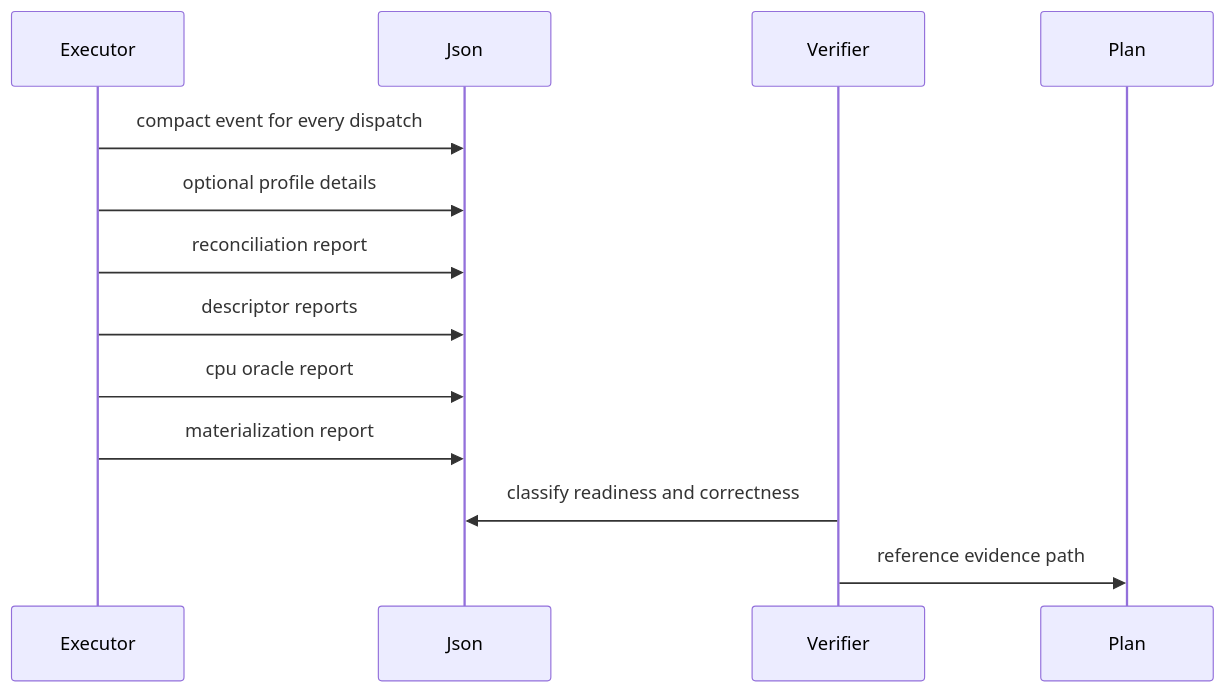
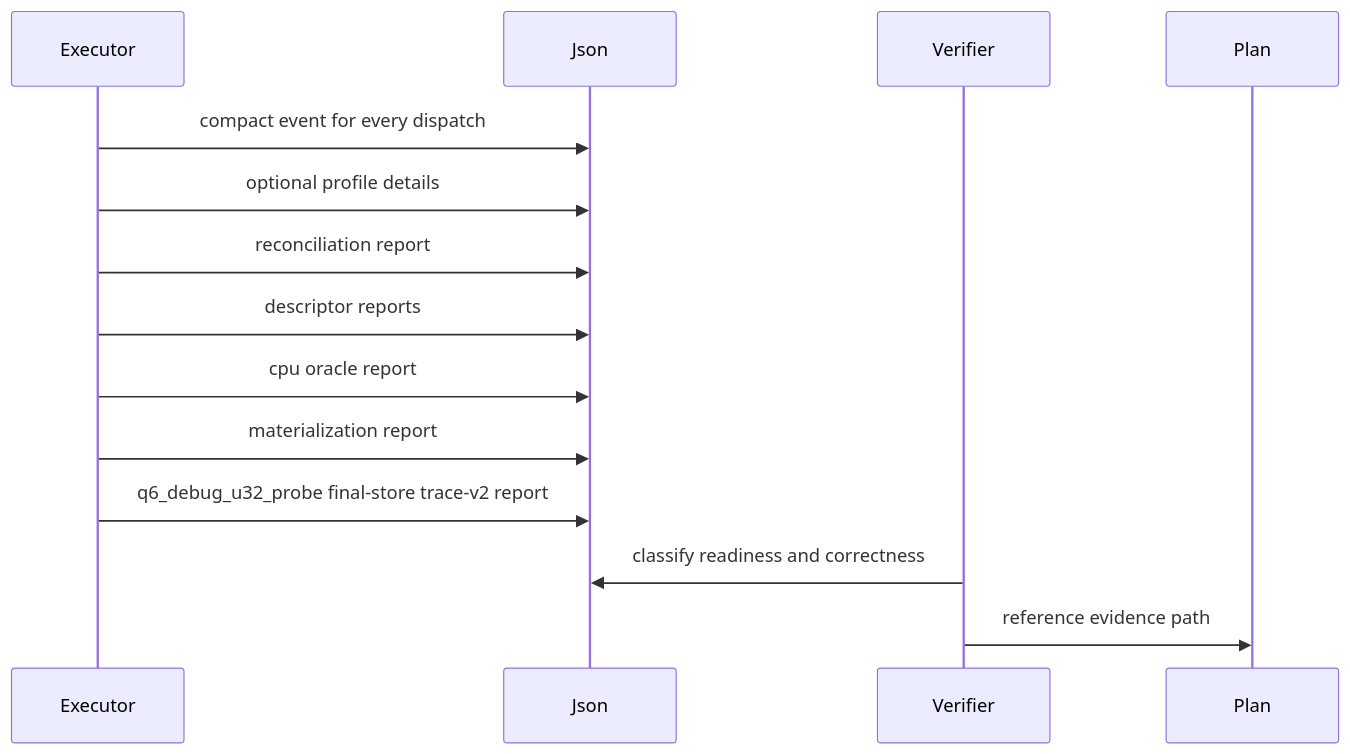
Before and after one commit to ryo100794/skydnir: the sixth of 6 diagrams in docs/design/VULKAN_BRIDGE_SEQUENCE.md, drawn with Mermaid. The commit also changed other lines of this file and 5 other files, not shown here.

First line of the commit message:
Embed Q6 final-store trace diagnostics

````diff
--- a/docs/design/VULKAN_BRIDGE_SEQUENCE.md
+++ b/docs/design/VULKAN_BRIDGE_SEQUENCE.md
@@ -277,16 +281,17 @@
 ```mermaid
 sequenceDiagram
     participant Executor
     participant Json
     participant Verifier
     participant Plan
 
     Executor->>Json: compact event for every dispatch
     Executor->>Json: optional profile details
     Executor->>Json: reconciliation report
     Executor->>Json: descriptor reports
     Executor->>Json: cpu oracle report
     Executor->>Json: materialization report
+    Executor->>Json: q6_debug_u32_probe final-store trace-v2 report
     Verifier->>Json: classify readiness and correctness
     Verifier->>Plan: reference evidence path
 ```
````
